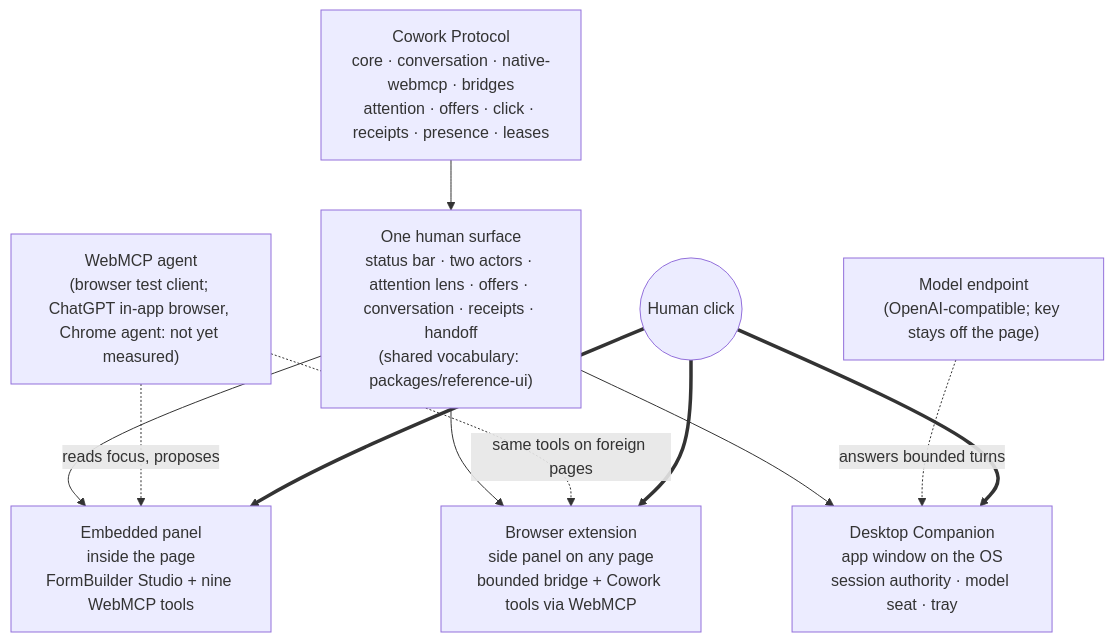
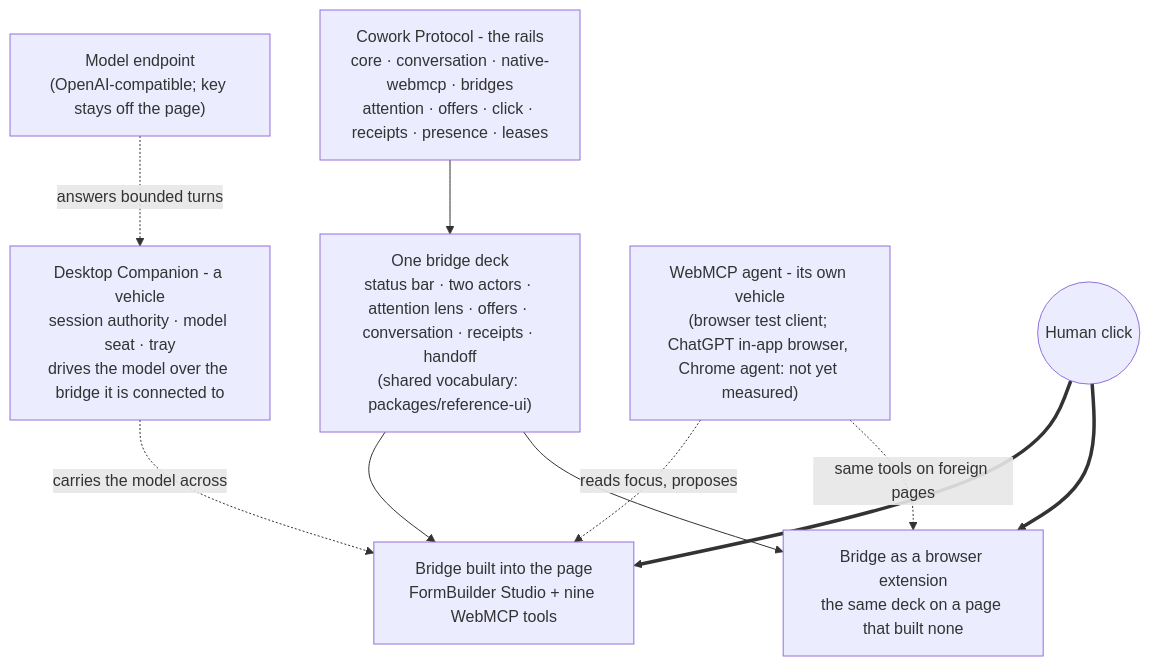
The diagram in docs/hosts.md (ellmos-ai/cowork-protocol), drawn with Mermaid before and after one commit. The commit also changed other lines of this file and 9 other files, not shown here.

First line of the commit message:
docs: two bridges with a place, one vehicle

````diff
--- a/docs/hosts.md
+++ b/docs/hosts.md
@@ -8,15 +24,16 @@
 ```mermaid
 flowchart TB
-  P["Cowork Protocol<br/>core · conversation · native-webmcp · bridges<br/>attention · offers · click · receipts · presence · leases"]
-  S["One human surface<br/>status bar · two actors · attention lens · offers · conversation · receipts · handoff<br/>(shared vocabulary: packages/reference-ui)"]
+  P["Cowork Protocol - the rails<br/>core · conversation · native-webmcp · bridges<br/>attention · offers · click · receipts · presence · leases"]
+  S["One bridge deck<br/>status bar · two actors · attention lens · offers · conversation · receipts · handoff<br/>(shared vocabulary: packages/reference-ui)"]
   P --> S
-  S --> E["Embedded panel<br/>inside the page<br/>FormBuilder Studio + nine WebMCP tools"]
-  S --> X["Browser extension<br/>side panel on any page<br/>bounded bridge + Cowork tools via WebMCP"]
-  S --> D["Desktop Companion<br/>app window on the OS<br/>session authority · model seat · tray"]
-  A1["WebMCP agent<br/>(browser test client; ChatGPT in-app browser, Chrome agent: not yet measured)"] -. reads focus, proposes .-> E
+  S --> E["Bridge built into the page<br/>FormBuilder Studio + nine WebMCP tools"]
+  S --> X["Bridge as a browser extension<br/>the same deck on a page that built none"]
+  D["Desktop Companion - a vehicle<br/>session authority · model seat · tray<br/>drives the model over the bridge it is connected to"]
+  A1["WebMCP agent - its own vehicle<br/>(browser test client; ChatGPT in-app browser, Chrome agent: not yet measured)"]
+  D -. carries the model across .-> E
+  A1 -. reads focus, proposes .-> E
   A1 -. same tools on foreign pages .-> X
   M["Model endpoint<br/>(OpenAI-compatible; key stays off the page)"] -. answers bounded turns .-> D
   H(("Human click")) ==> E
   H ==> X
-  H ==> D
 ```
````
